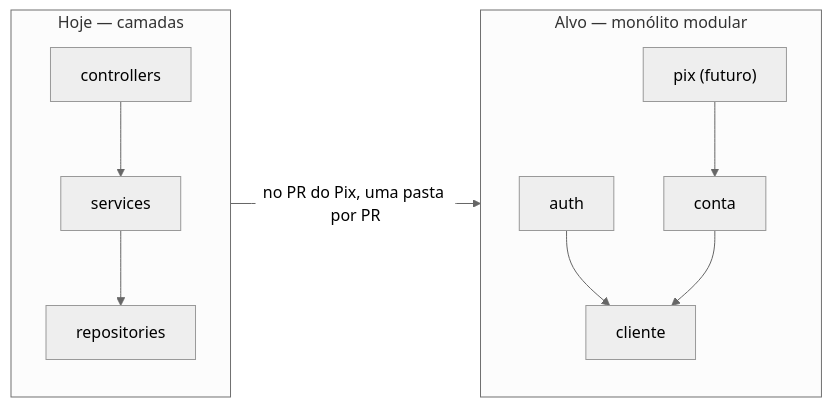
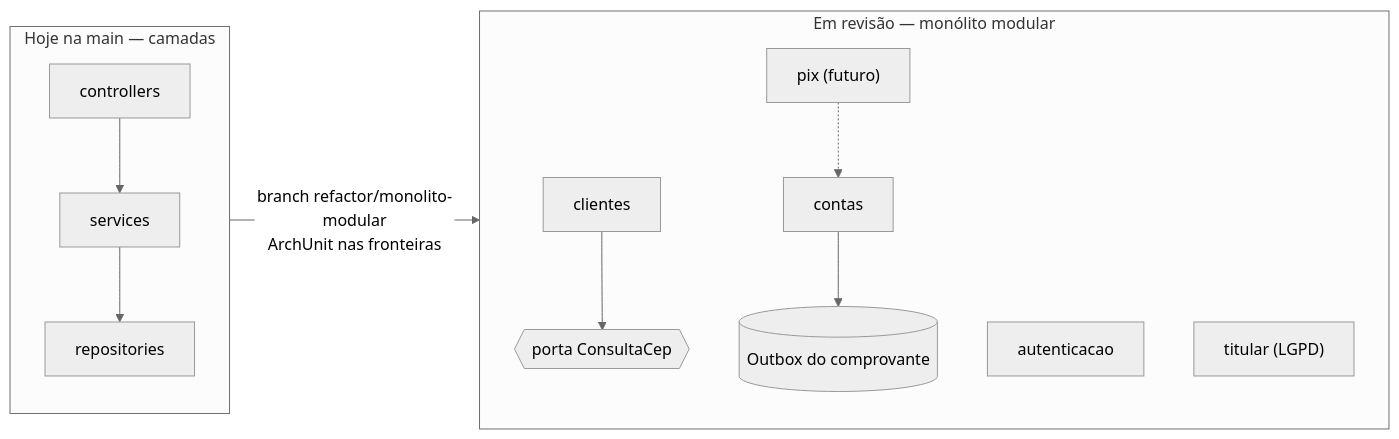
Before and after one commit to k3vinrich4rd/k3vinrich4rd: the seventh of 22 diagrams in README.md, drawn with Mermaid (neutral theme). The commit also changed other lines of this file and 5 other files, not shown here.

````diff
--- a/README.md
+++ b/README.md
@@ -721,12 +728,14 @@
 ```mermaid
 flowchart LR
-    subgraph Hoje["Hoje — camadas"]
+    subgraph Hoje["Hoje na main — camadas"]
         C[controllers] --> S[services] --> R[repositories]
     end
-    subgraph Alvo["Alvo — monólito modular"]
-        AUTH[auth] --> CLI[cliente]
-        CONTA[conta] --> CLI
-        PIX["pix (futuro)"] --> CONTA
+    subgraph Alvo["Em revisão — monólito modular"]
+        CLI[clientes] --> CEP{{"porta ConsultaCep"}}
+        CONTA[contas] --> OUT[("Outbox do comprovante")]
+        AUTH[autenticacao]
+        TIT["titular (LGPD)"]
+        PIX["pix (futuro)"] -.-> CONTA
     end
-    Hoje -- "no PR do Pix, uma pasta por PR" --> Alvo
+    Hoje -- "branch refactor/monolito-modular<br/>ArchUnit nas fronteiras" --> Alvo
 ```
````
